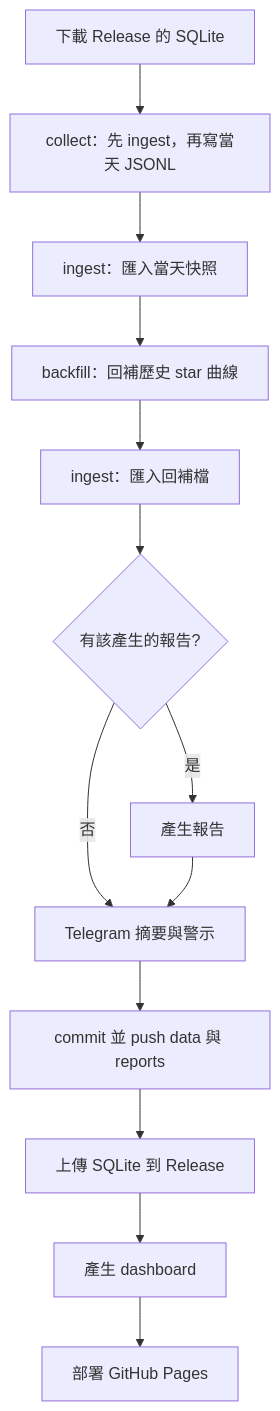
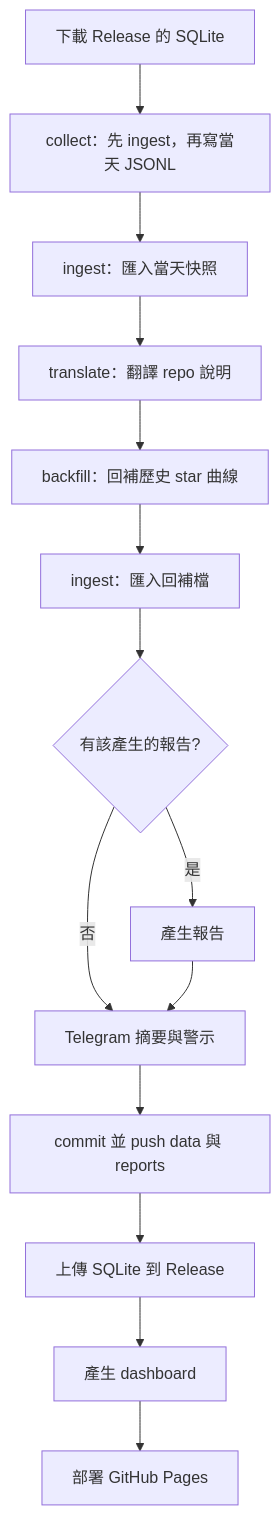
Before and after one commit to xjin9612/starstrata: the diagram in docs/DESIGN.md, drawn with Mermaid. The commit also changed other lines of this file and 20 other files, not shown here.

First line of the commit message:
feat(translate): repo 說明翻成繁體中文

````diff
--- a/docs/DESIGN.md
+++ b/docs/DESIGN.md
@@ -34,15 +35,16 @@
 ```mermaid
 flowchart TD
   DL[下載 Release 的 SQLite] --> COL[collect：先 ingest，再寫當天 JSONL]
   COL --> ING[ingest：匯入當天快照]
-  ING --> BF[backfill：回補歷史 star 曲線]
+  ING --> TR[translate：翻譯 repo 說明]
+  TR --> BF[backfill：回補歷史 star 曲線]
   BF --> ING2[ingest：匯入回補檔]
   ING2 --> RPT{有該產生的報告?}
   RPT -- 是 --> GEN[產生報告]
   RPT -- 否 --> NTF
   GEN --> NTF[Telegram 摘要與警示]
   NTF --> PUSH[commit 並 push data 與 reports]
   PUSH --> UP[上傳 SQLite 到 Release]
   UP --> SITE[產生 dashboard]
   SITE --> PAGES[部署 GitHub Pages]
 ```
````
